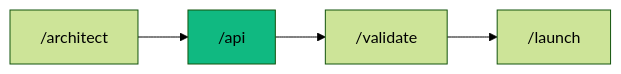
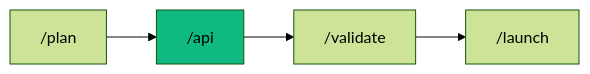
One commit to pikakit/agent-skills changed the diagram in .agent/workflows/api.md. Above: the diagram before and after it, drawn with Mermaid (forest theme). The commit also changed other lines of this file and 272 other files, not shown here.

````diff
--- a/.agent/workflows/api.md
+++ b/.agent/workflows/api.md
@@ -229,7 +324,7 @@
 ```mermaid
 graph LR
-    A["/architect"] --> B["/api"]
+    A["/plan"] --> B["/api"]
     B --> C["/validate"]
     C --> D["/launch"]
     style B fill:#10b981
 ```
````
